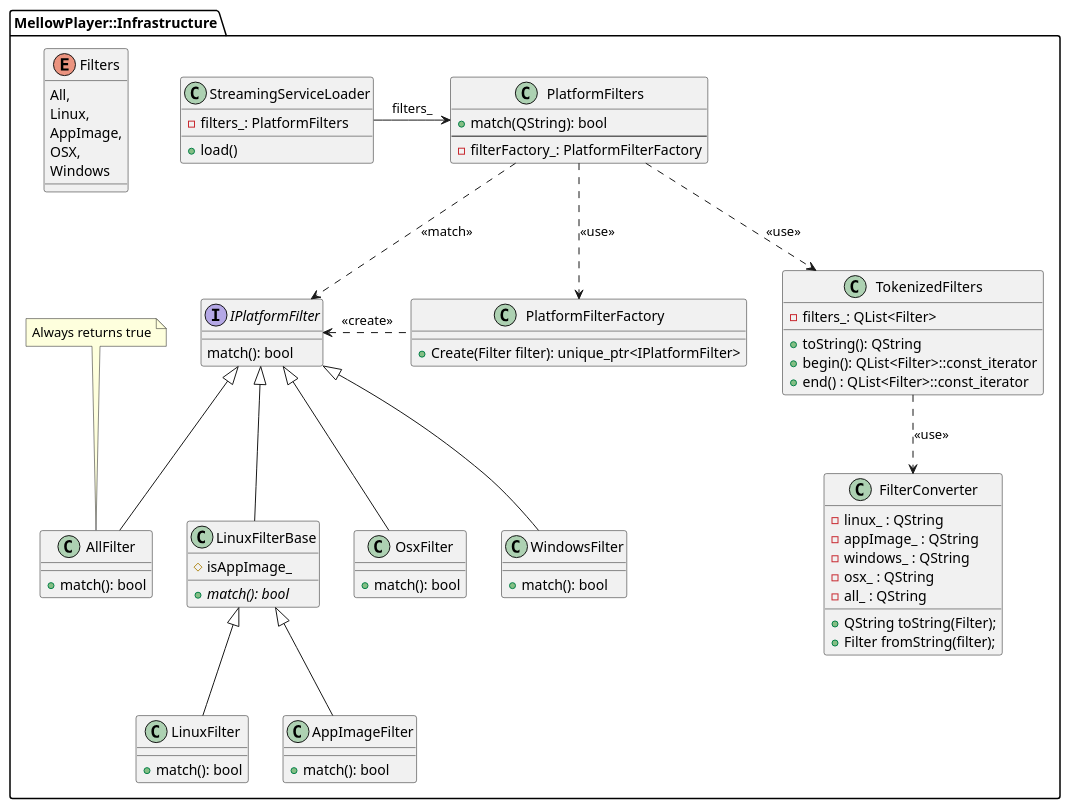
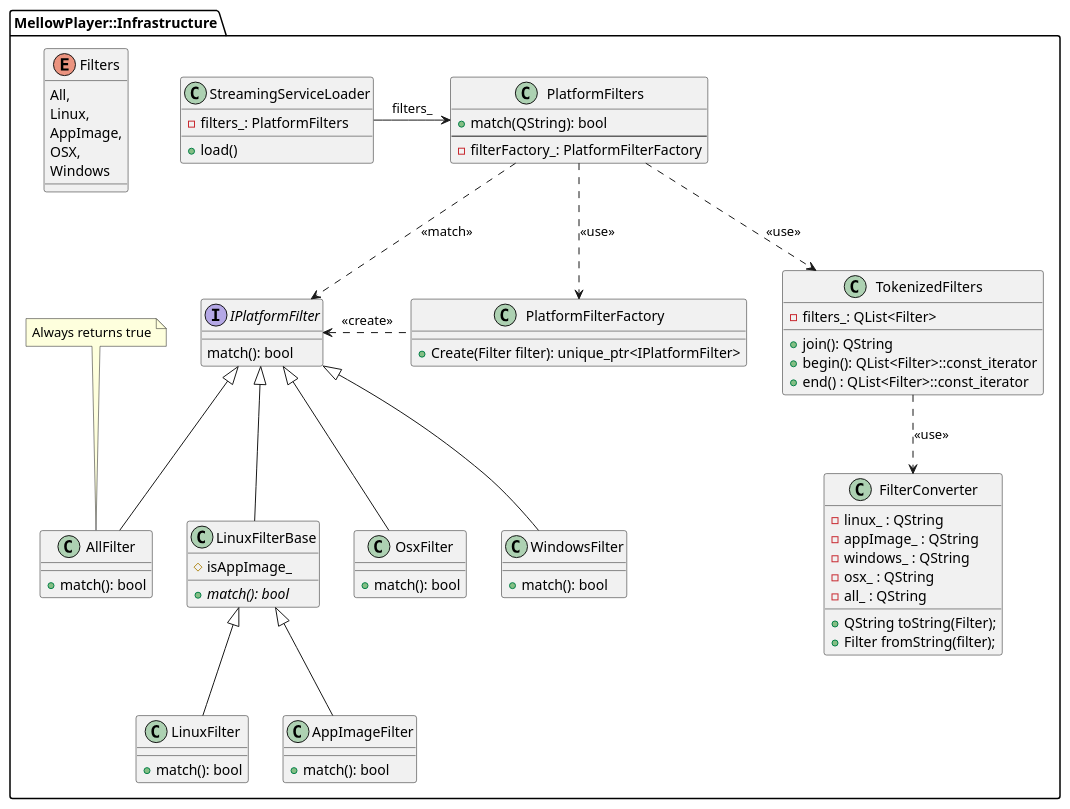
The diagram in docs/developers/PlantUml/FilterPluginsByPlatform.puml (ColinDuquesnoy/MellowPlayer), drawn with PlantUML before and after one commit. The commit also changed 15 other files, not shown here.

```diff
--- a/docs/developers/PlantUml/FilterPluginsByPlatform.puml
+++ b/docs/developers/PlantUml/FilterPluginsByPlatform.puml
@@ -1,90 +1,90 @@
 @startuml
 
 package MellowPlayer::Infrastructure {
     class StreamingServiceLoader {
         + load()
         - filters_: PlatformFilters
     }
     StreamingServiceLoader -right-> PlatformFilters: filters_
 
     enum Filters {
         All,
         Linux,
         AppImage,
         OSX,
         Windows
     }
 
     class FilterConverter {
         + QString toString(Filter);
         + Filter fromString(filter);
         - linux_ : QString
         - appImage_ : QString
         - windows_ : QString
         - osx_ : QString
         - all_ : QString
     }
 
     class TokenizedFilters {
         - filters_: QList<Filter>
-        + toString(): QString
+        + join(): QString
         + begin(): QList<Filter>::const_iterator
         + end() : QList<Filter>::const_iterator
     }
     TokenizedFilters ..> FilterConverter: <<use>>
 
     class PlatformFilterFactory {
         + Create(Filter filter): unique_ptr<IPlatformFilter>
     }
     PlatformFilterFactory .left.> IPlatformFilter: <<create>>
 
     class PlatformFilters {
         + match(QString): bool
         --
         - filterFactory_: PlatformFilterFactory
     }
     PlatformFilters ..> TokenizedFilters : <<use>>
     PlatformFilters ..> PlatformFilterFactory : <<use>>
 
     PlatformFilters ..> IPlatformFilter: <<match>>
 
     interface IPlatformFilter {
          match(): bool
     }
 
     class AllFilter {
         + match(): bool
     }
     IPlatformFilter <|-- AllFilter
     note top
     Always returns true
     end note
 
     class LinuxFilterBase {
         # isAppImage_
         + {abstract} match(): bool
     }
     IPlatformFilter <|-- LinuxFilterBase
 
     class LinuxFilter {
         + match(): bool
     }
     LinuxFilterBase <|-- LinuxFilter
 
     class AppImageFilter {
         + match(): bool
     }
     LinuxFilterBase <|-- AppImageFilter
 
     class OsxFilter {
         + match(): bool
     }
     IPlatformFilter <|-- OsxFilter
 
     class WindowsFilter  {
         + match(): bool
     }
     IPlatformFilter <|-- WindowsFilter
 }
 
 @enduml
```
